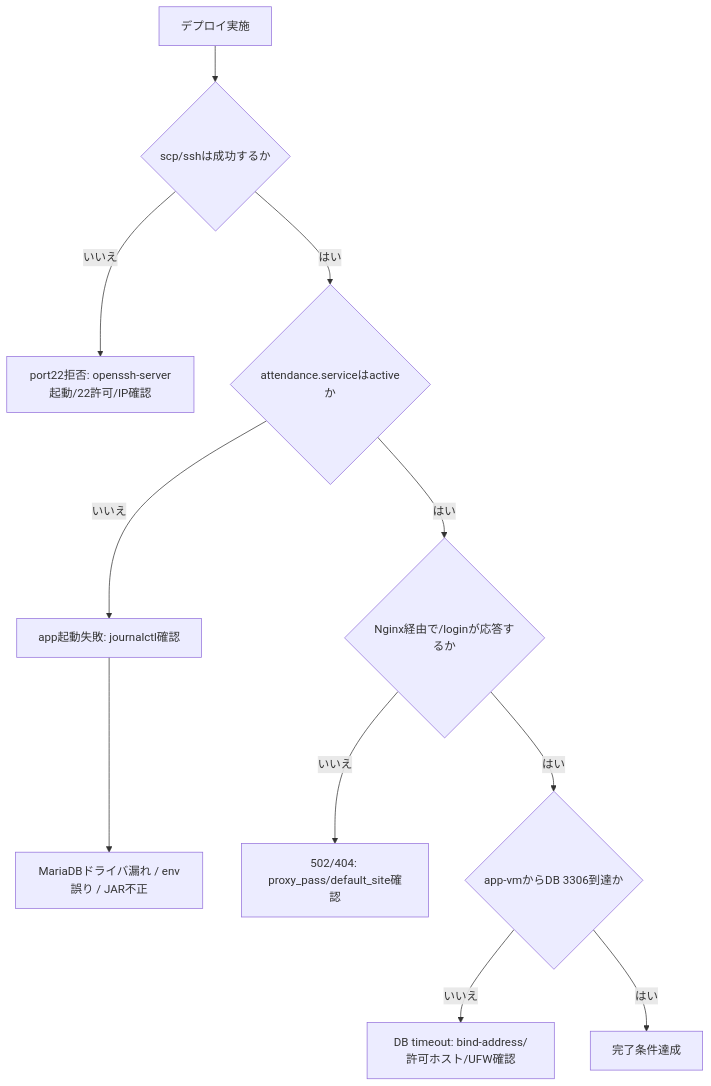
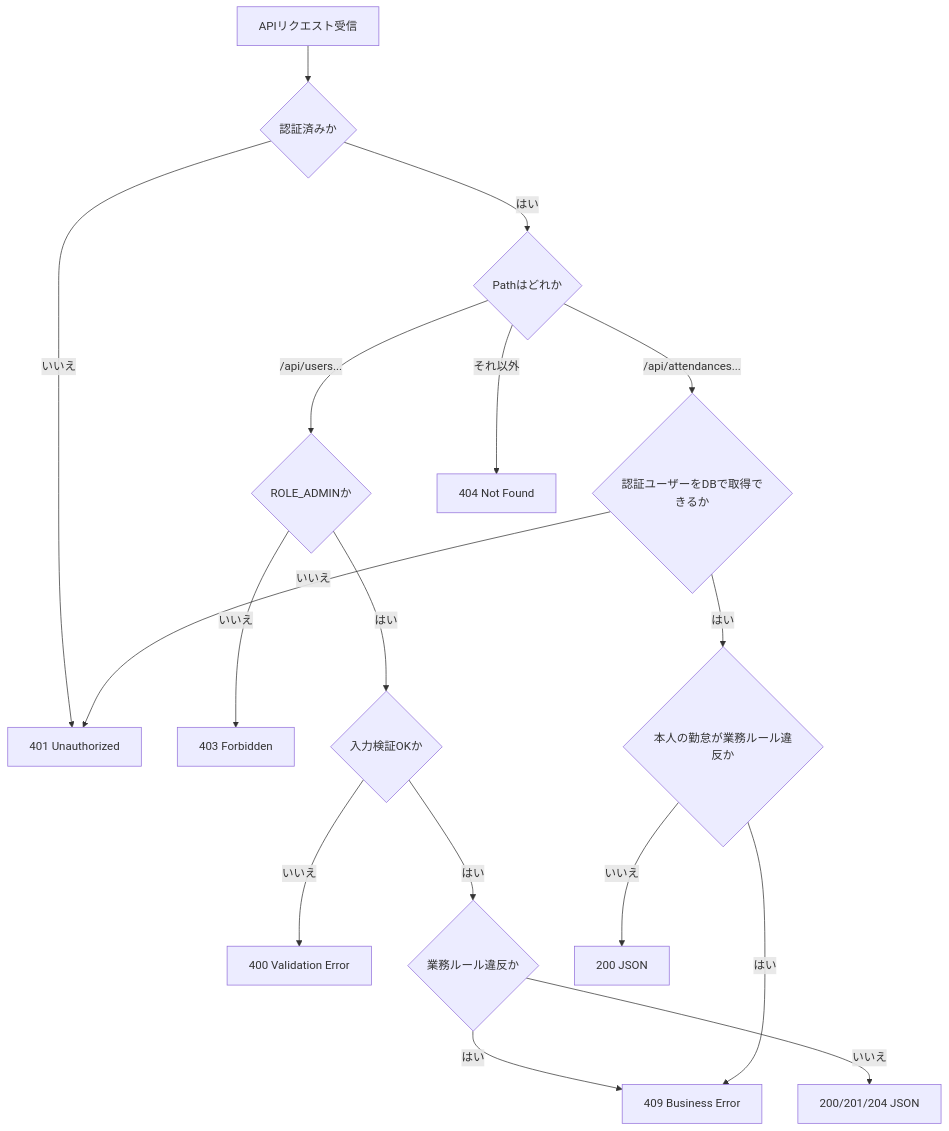
One commit to kiyomiya38/order-management-springboot changed the third of 3 diagrams in docs/curriculum/springboot/lesson06/lesson6.md. Above: the diagram before and after it, drawn with Mermaid. The commit also changed other lines of this file and 82 other files, not shown here.

````diff
--- a/docs/curriculum/springboot/lesson06/lesson6.md
+++ b/docs/curriculum/springboot/lesson06/lesson6.md
@@ -98,13 +144,22 @@
 ```mermaid
 flowchart TD
-  A[デプロイ実施] --> B{scp/sshは成功するか}
-  B -->|いいえ| E1[port22拒否: openssh-server起動/22許可/IP確認]
-  B -->|はい| C{attendance.serviceはactiveか}
-  C -->|いいえ| E2[app起動失敗: journalctl確認]
-  E2 --> E2a[MariaDBドライバ漏れ / env誤り / JAR不正]
-  C -->|はい| D{Nginx経由で/loginが応答するか}
-  D -->|いいえ| E3[502/404: proxy_pass/default_site確認]
-  D -->|はい| F{app-vmからDB 3306到達か}
-  F -->|いいえ| E4[DB timeout: bind-address/許可ホスト/UFW確認]
-  F -->|はい| OK[完了条件達成]
+  A[APIリクエスト受信] --> AUTH{認証済みか}
+  AUTH -->|いいえ| E401[401 Unauthorized]
+  AUTH -->|はい| P{Pathはどれか}
+
+  P -->|/api/users...| R1{ROLE_ADMINか}
+  R1 -->|いいえ| E403[403 Forbidden]
+  R1 -->|はい| V1{入力検証OKか}
+  V1 -->|いいえ| E400[400 Validation Error]
+  V1 -->|はい| B1{業務ルール違反か}
+  B1 -->|はい| E409[409 Business Error]
+  B1 -->|いいえ| OK1[200/201/204 JSON]
+
+  P -->|/api/attendances...| U1{認証ユーザーをDBで取得できるか}
+  U1 -->|いいえ| E401
+  U1 -->|はい| B2{本人の勤怠が業務ルール違反か}
+  B2 -->|はい| E409
+  B2 -->|いいえ| OK2[200 JSON]
+
+  P -->|それ以外| E404[404 Not Found]
 ```
````
